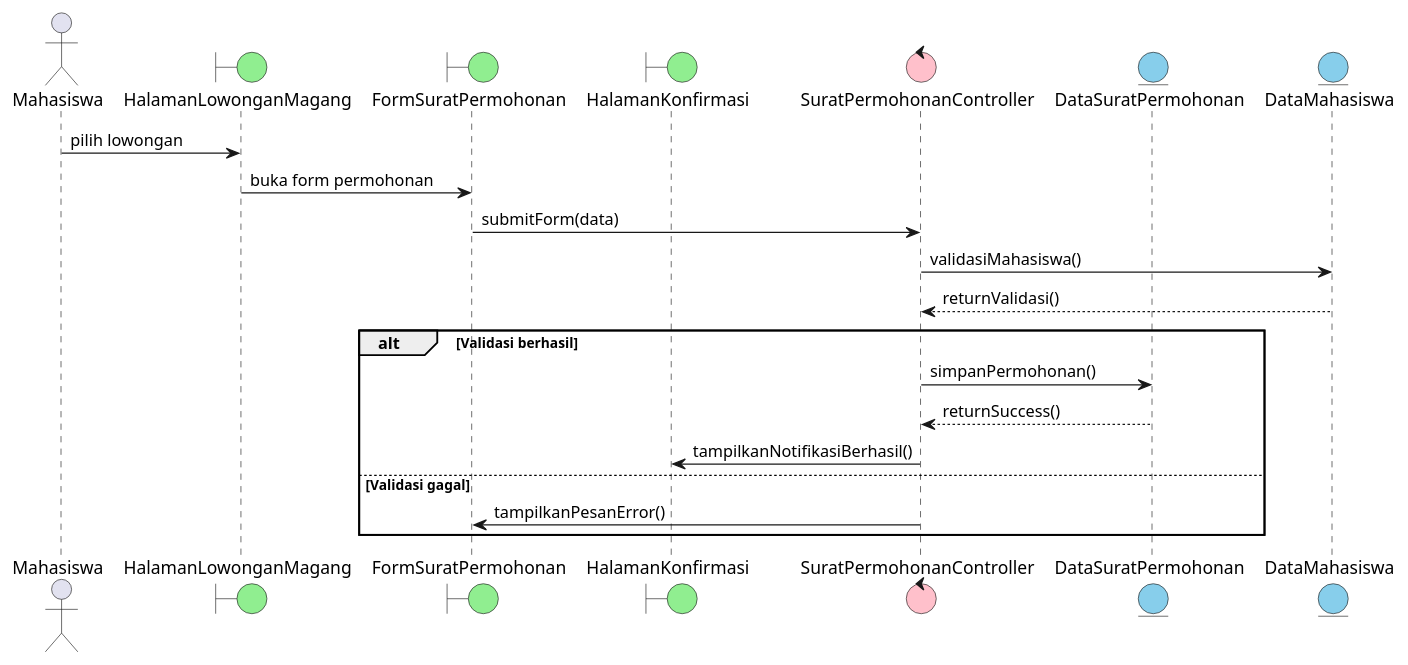
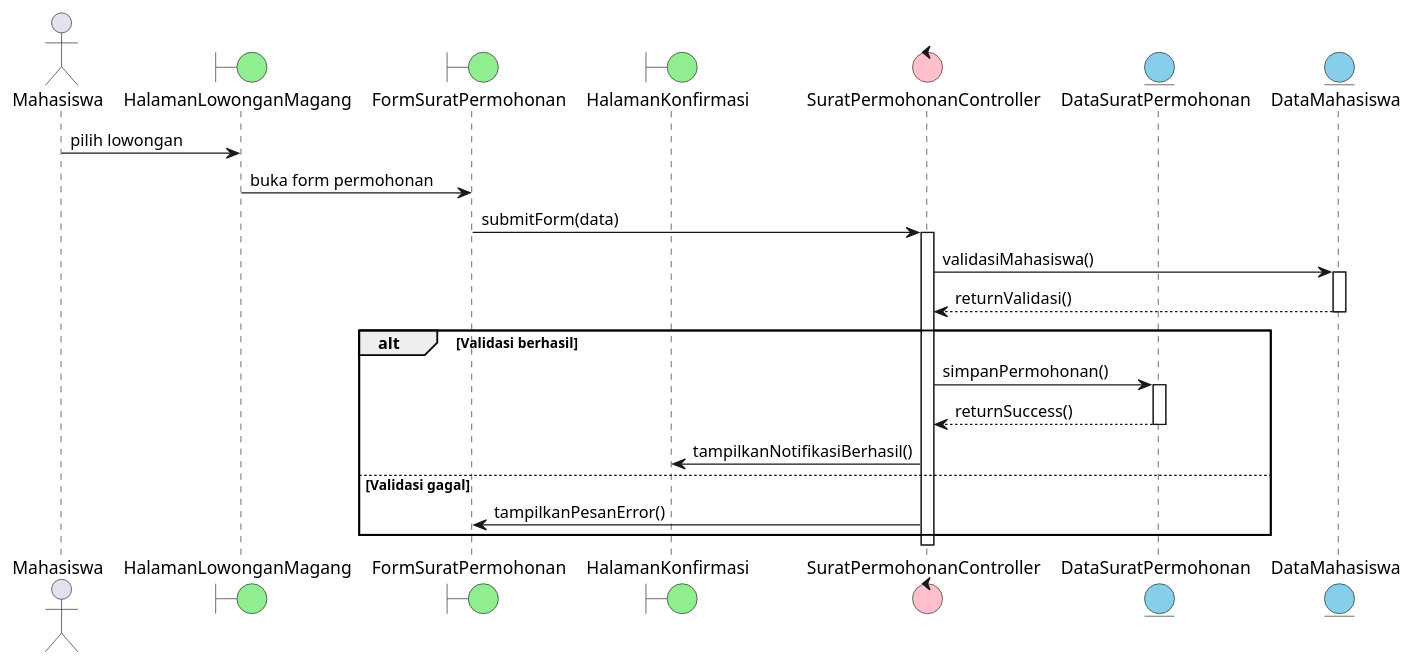
The diagram in docs/sequence-diagram/mahasiswa/06-mengajukan-surat-permohonan-magang.plantuml (petrusthelastking/MAGNET-Magang-Network-And-Tracking), drawn with PlantUML before and after one commit. The commit also changed 6 other files, not shown here.

Commit message:
doc: add streamline to some existing sequence diagram

```diff
--- a/docs/sequence-diagram/mahasiswa/06-mengajukan-surat-permohonan-magang.plantuml
+++ b/docs/sequence-diagram/mahasiswa/06-mengajukan-surat-permohonan-magang.plantuml
@@ -1,28 +1,33 @@
 @startuml mengajukan-surat-permohonan-magang
 
 actor Mahasiswa
 
 boundary HalamanLowonganMagang #LightGreen
 boundary FormSuratPermohonan #LightGreen
 boundary HalamanKonfirmasi #LightGreen
 
 control SuratPermohonanController #Pink
 
 entity DataSuratPermohonan #SkyBlue
 entity DataMahasiswa #SkyBlue
 
 Mahasiswa -> HalamanLowonganMagang : pilih lowongan
 HalamanLowonganMagang -> FormSuratPermohonan : buka form permohonan
 FormSuratPermohonan -> SuratPermohonanController : submitForm(data)
+activate SuratPermohonanController
 SuratPermohonanController -> DataMahasiswa : validasiMahasiswa()
+activate DataMahasiswa
 DataMahasiswa --> SuratPermohonanController : returnValidasi()
+deactivate DataMahasiswa
 
 alt Validasi berhasil
     SuratPermohonanController -> DataSuratPermohonan : simpanPermohonan()
+    activate DataSuratPermohonan
     DataSuratPermohonan --> SuratPermohonanController : returnSuccess()
+    deactivate DataSuratPermohonan
     SuratPermohonanController -> HalamanKonfirmasi : tampilkanNotifikasiBerhasil()
 else Validasi gagal
     SuratPermohonanController -> FormSuratPermohonan : tampilkanPesanError()
 end
 
 @enduml
```
